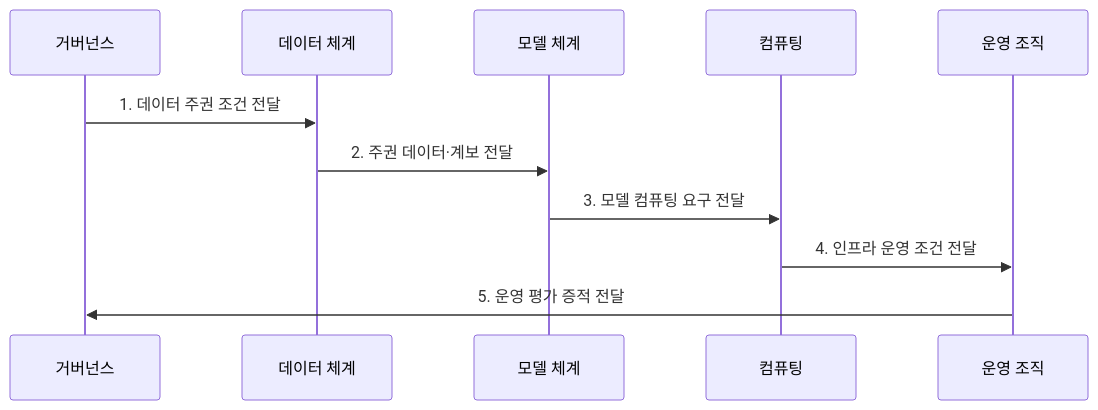
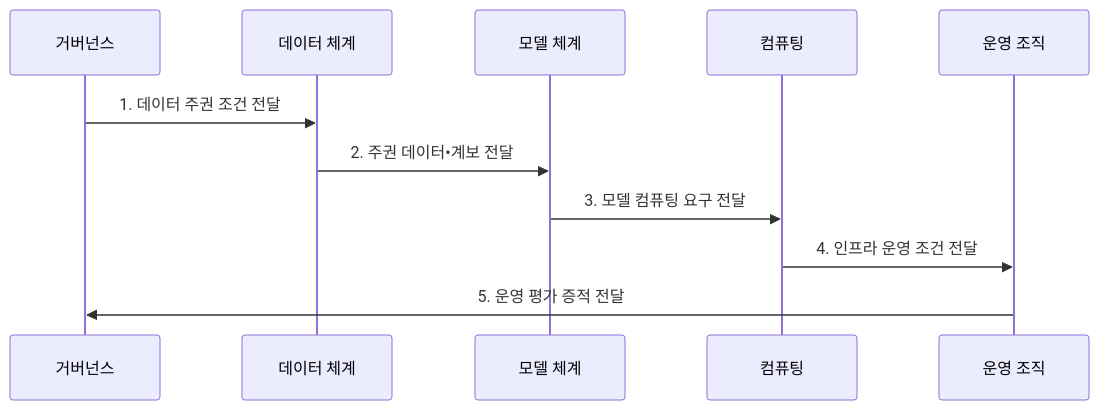
The second of 2 diagrams in src/content/docs/notes/08-latest-tech/183_sovereign_ai.md (agnusdei1207/knowledge-base), drawn with Mermaid before and after one commit. The commit also changed other lines of this file and 953 other files, not shown here.

````diff
--- a/src/content/docs/notes/08-latest-tech/183_sovereign_ai.md
+++ b/src/content/docs/notes/08-latest-tech/183_sovereign_ai.md
@@ -103,13 +103,13 @@
 ```mermaid
 sequenceDiagram
   participant G as 거버넌스
   participant D as 데이터 체계
   participant M as 모델 체계
   participant C as 컴퓨팅
   participant O as 운영 조직
   G->>D: 1. 데이터 주권 조건 전달
-  D->>M: 2. 주권 데이터·계보 전달
+  D->>M: 2. 주권 데이터•계보 전달
   M->>C: 3. 모델 컴퓨팅 요구 전달
   C->>O: 4. 인프라 운영 조건 전달
   O->>G: 5. 운영 평가 증적 전달
 ```
````
